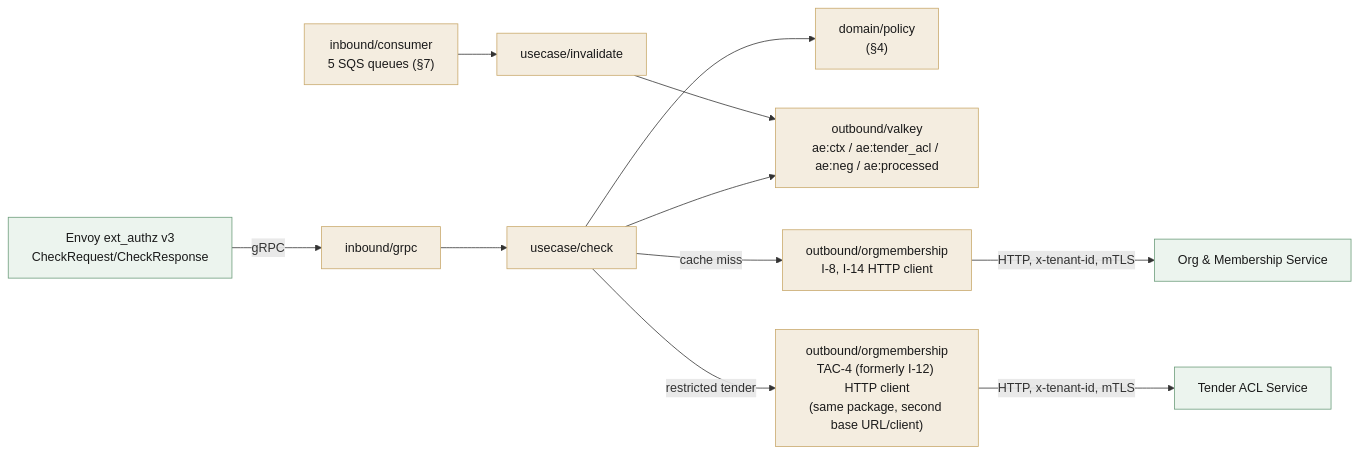
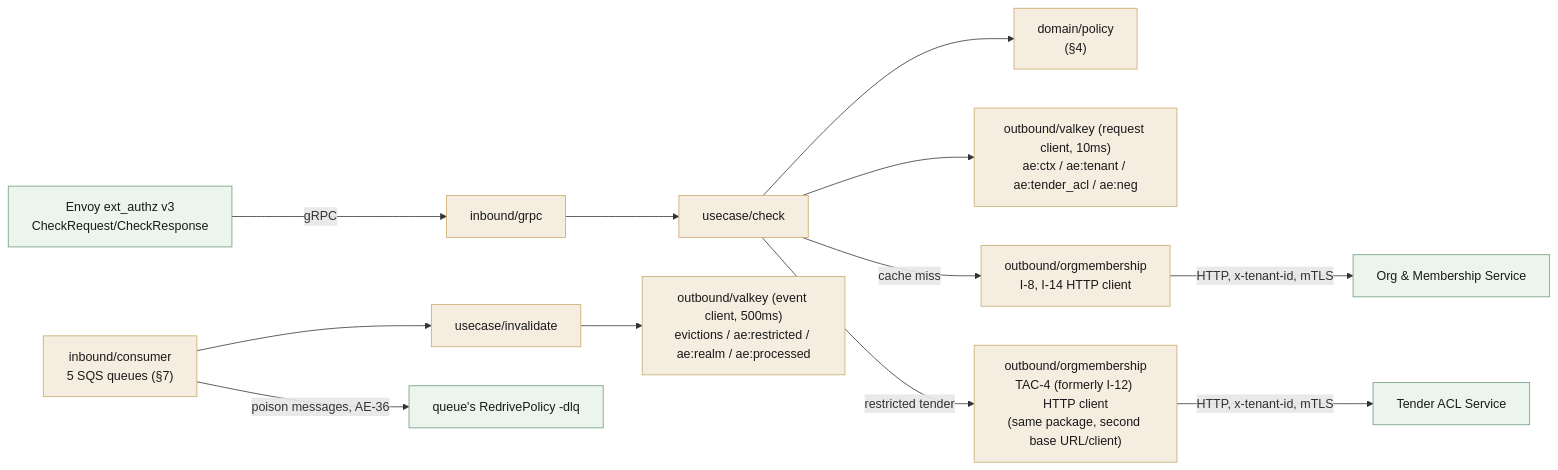
Before and after one commit to BCBP-SOLUTIONS-FZC-LLC/iam-authz-enrichment: the first of 8 diagrams in docs/lld/iam-lld-authz-enrichment.md, drawn with Mermaid. The commit also changed other lines of this file and 75 other files, not shown here.

````diff
--- a/docs/lld/iam-lld-authz-enrichment.md
+++ b/docs/lld/iam-lld-authz-enrichment.md
@@ -245,18 +275,19 @@
 ```mermaid
 flowchart LR
     ENVOY["Envoy ext_authz v3<br/>CheckRequest/CheckResponse"] -->|gRPC| GRPC["inbound/grpc"]
     GRPC --> CHECK["usecase/check"]
     CHECK --> DOMAIN["domain/policy<br/>(§4)"]
-    CHECK --> VALKEY["outbound/valkey<br/>ae:ctx / ae:tender_acl / ae:neg / ae:processed"]
+    CHECK --> VALKEY["outbound/valkey (request client, 10ms)<br/>ae:ctx / ae:tenant / ae:tender_acl / ae:neg"]
     CHECK -->|cache miss| OM["outbound/orgmembership<br/>I-8, I-14 HTTP client"]
     CHECK -->|restricted tender| TA["outbound/orgmembership<br/>TAC-4 (formerly I-12) HTTP client<br/>(same package, second base URL/client)"]
     OM -->|HTTP, x-tenant-id, mTLS| ORGM["Org & Membership Service"]
     TA -->|HTTP, x-tenant-id, mTLS| TACL["Tender ACL Service"]
     CONSUMER["inbound/consumer<br/>5 SQS queues (§7)"] --> INVALIDATE["usecase/invalidate"]
-    INVALIDATE --> VALKEY
+    INVALIDATE --> EVCACHE["outbound/valkey (event client, 500ms)<br/>evictions / ae:restricted / ae:realm / ae:processed"]
+    CONSUMER -->|poison messages, AE-36| DLQ["queue's RedrivePolicy -dlq"]
 
     classDef svc fill:#f4ede0,stroke:#c9a96b,color:#1a1a1a;
     classDef ext fill:#ecf4ee,stroke:#6b9c7a,color:#1a1a1a;
-    class GRPC,CHECK,DOMAIN,VALKEY,OM,TA,CONSUMER,INVALIDATE svc;
-    class ENVOY,ORGM,TACL ext;
+    class GRPC,CHECK,DOMAIN,VALKEY,EVCACHE,OM,TA,CONSUMER,INVALIDATE svc;
+    class ENVOY,ORGM,TACL,DLQ ext;
 ```
````
